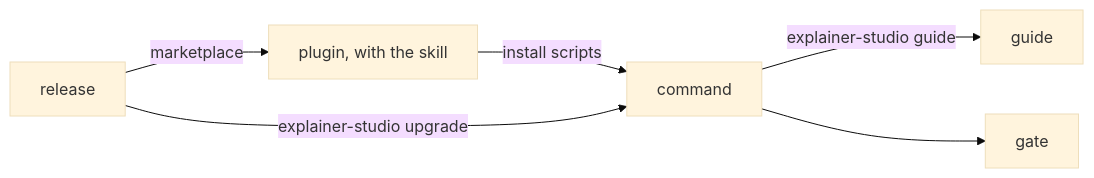
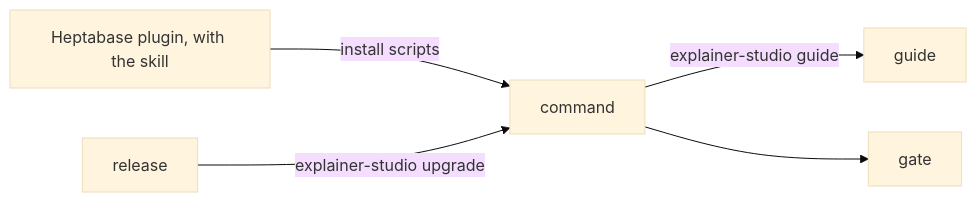
One commit to heptameta/heptabase-explainer-studio changed the eighth of 8 diagrams in docs/glossary.md. Above: the diagram before and after it, drawn with Mermaid (base theme). The commit also changed other lines of this file and 27 other files, not shown here.

First line of the commit message:
refactor: remove this repository's plugin and marketplaces, leaving the skill to the Heptabase plugin (#3)

````diff
--- a/docs/glossary.md
+++ b/docs/glossary.md
@@ -256,8 +256,7 @@
 ```mermaid
 flowchart LR
-  release -->|marketplace| plugin[plugin, with the skill]
-  plugin -->|install scripts| command
+  plugin[Heptabase plugin, with the skill] -->|install scripts| command
   release -->|explainer-studio upgrade| command
   command -->|explainer-studio guide| guide
   command --> gate
 ```
````
